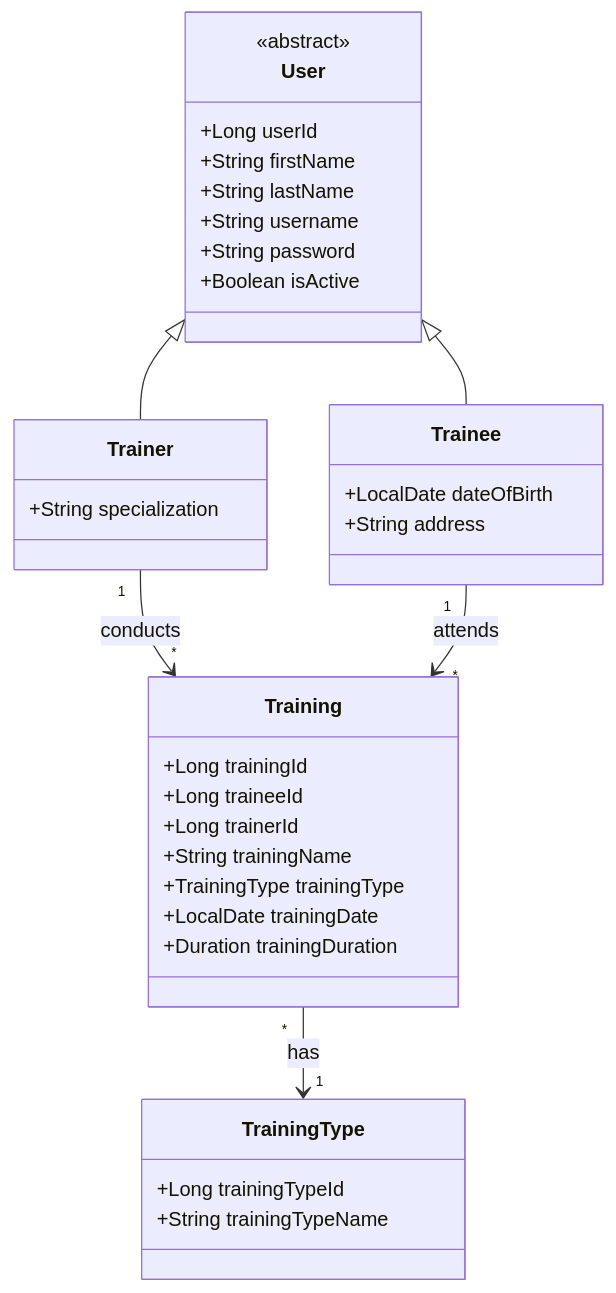
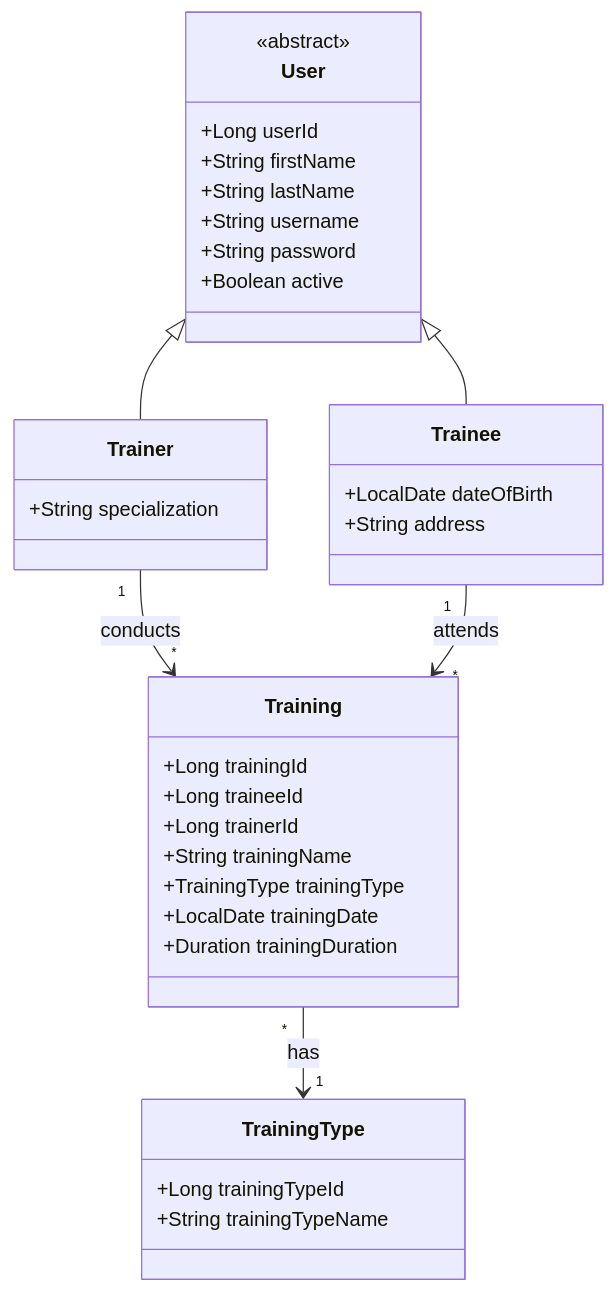
One commit to IgorProkhorchuk/gym_crm changed the first of 3 diagrams in README.md. Above: the diagram before and after it, drawn with Mermaid. The commit also changed 11 other files, not shown here.

````diff
--- a/README.md
+++ b/README.md
@@ -44,42 +44,42 @@
 ```mermaid
 classDiagram
     class User {
         <<abstract>>
         +Long userId
         +String firstName
         +String lastName
         +String username
         +String password
-        +Boolean isActive
+        +Boolean active
     }
 
     class Trainee {
         +LocalDate dateOfBirth
         +String address
     }
 
     class Trainer {
         +String specialization
     }
 
     class Training {
         +Long trainingId
         +Long traineeId
         +Long trainerId
         +String trainingName
         +TrainingType trainingType
         +LocalDate trainingDate
         +Duration trainingDuration
     }
 
     class TrainingType {
         +Long trainingTypeId
         +String trainingTypeName
     }
 
     User <|-- Trainee
     User <|-- Trainer
     Trainer "1" --> "*" Training : conducts
     Trainee "1" --> "*" Training : attends
     Training "*" --> "1" TrainingType : has
 ```
````
